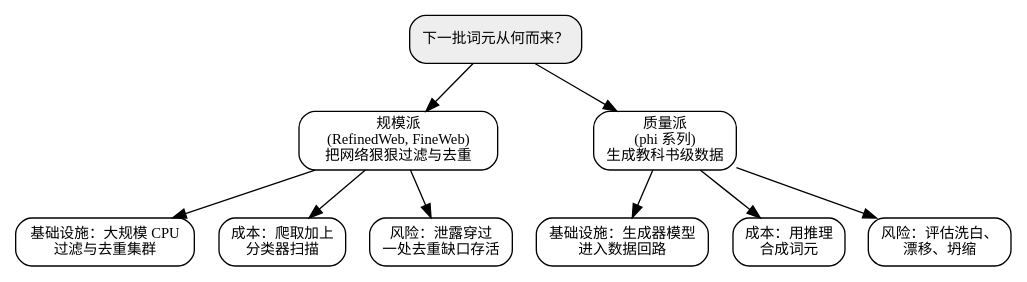
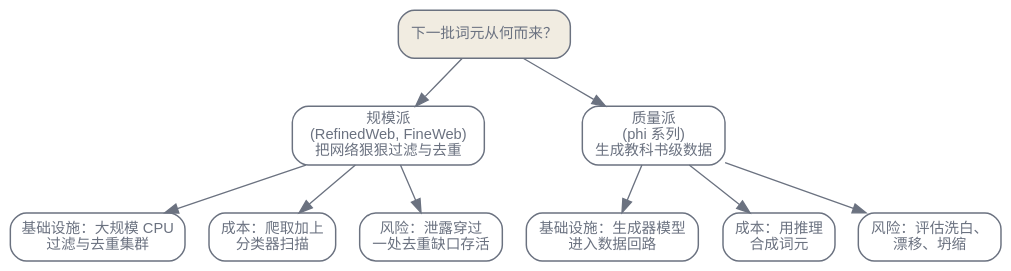
One commit to latere-ai/ai-as-an-infrastructure changed the third of 3 diagrams in zh/p1-foundations/04-data-curation.qmd. Above: the diagram before and after it, drawn with Graphviz. The commit also changed 186 other files, not shown here.

First line of the commit message:
book: visual audit pass on all diagrams and figures

````diff
--- a/zh/p1-foundations/04-data-curation.qmd
+++ b/zh/p1-foundations/04-data-curation.qmd
@@ -185,31 +185,33 @@
 ```{dot}
 //| label: fig-data-curation-debate
 //| fig-cap: "规模与质量之争为何未定论：每一派都意味着不同的栈、成本结构与污染风险，因此这一抉择并非单一可调的比值。"
 digraph {
   rankdir=TB;
-  node [shape=box, style=rounded, fontsize=11];
+  bgcolor="transparent";
+  node [shape=box, style=rounded, fontsize=11, fontname="Helvetica", color="#6b7280", fontcolor="#6b7280", penwidth=1.1];
+  edge [color="#6b7280", fontcolor="#6b7280"];
 
-  Q ["label"="下一批词元从何而来？", shape=box, style="rounded,filled", fillcolor="#eeeeee"];
+  Q ["label"="下一批词元从何而来？", shape=box, style="rounded,filled", fillcolor="#f1ece1"];
 
   Scale ["label"="规模派\n(RefinedWeb, FineWeb)\n把网络狠狠过滤与去重"];
   Quality ["label"="质量派\n(phi 系列)\n生成教科书级数据"];
 
   Q -> Scale;
   Q -> Quality;
 
   ScaleInfra ["label"="基础设施：大规模 CPU\n过滤与去重集群"];
   ScaleCost ["label"="成本：爬取加上\n分类器扫描"];
   ScaleRisk ["label"="风险：泄露穿过\n一处去重缺口存活"];
 
   QualInfra ["label"="基础设施：生成器模型\n进入数据回路"];
   QualCost ["label"="成本：用推理\n合成词元"];
   QualRisk ["label"="风险：评估洗白、\n漂移、坍缩"];
 
   Scale -> ScaleInfra;
   Scale -> ScaleCost;
   Scale -> ScaleRisk;
   Quality -> QualInfra;
   Quality -> QualCost;
   Quality -> QualRisk;
 }
 ```
````
